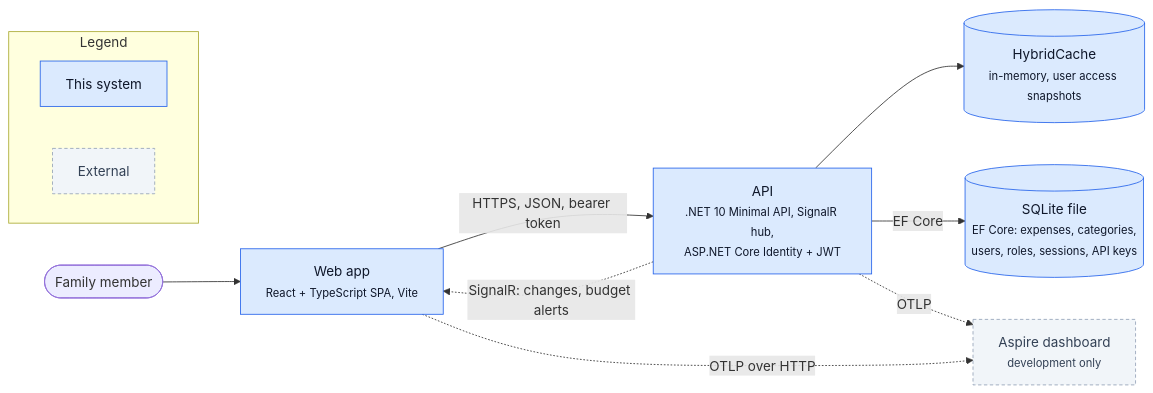
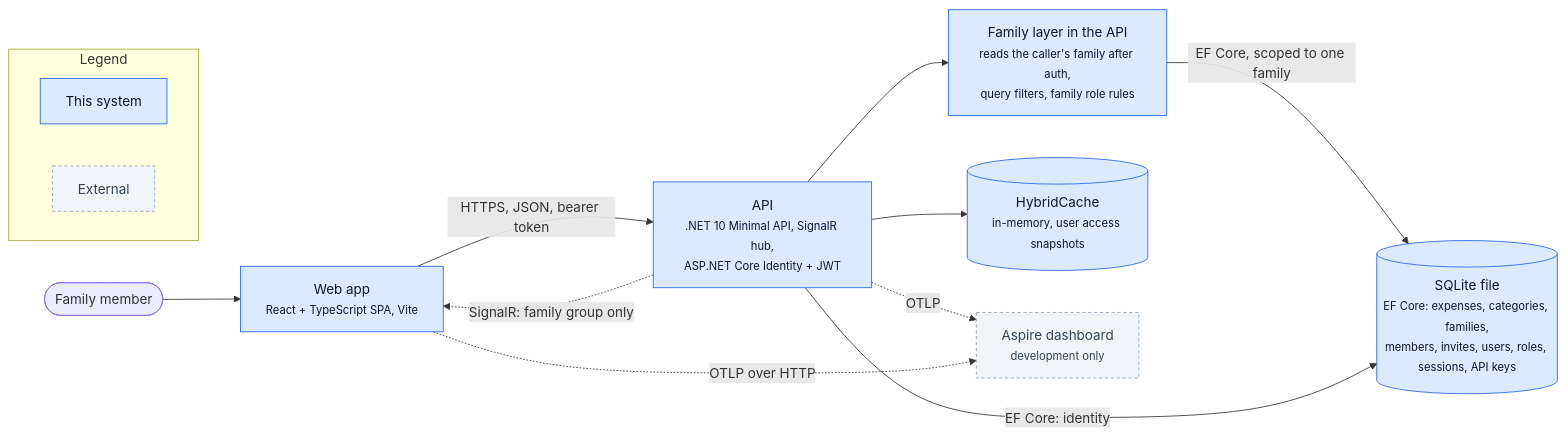
Before and after one commit to sushovan-code/Expense-Tracker: the diagram in docs/diagrams/containers.mmd, drawn with Mermaid. The commit also changed 10 other files, not shown here.

First line of the commit message:
docs: update architecture diagrams and README for families (#8)

```diff
--- a/docs/diagrams/containers.mmd
+++ b/docs/diagrams/containers.mmd
@@ -1,26 +1,29 @@
 %% Container view. Claude rewrites this from the code via /update-diagrams.
 %% Accent (#2563EB) marks this system's own containers; grey is everything else.
 flowchart LR
   classDef ours fill:#DBEAFE,stroke:#2563EB,color:#0F172A
   classDef ext fill:#F1F5F9,stroke:#94A3B8,color:#334155,stroke-dasharray:4 3
 
   user([Family member])
   web[Web app<br/><small>React + TypeScript SPA, Vite</small>]:::ours
   api[API<br/><small>.NET 10 Minimal API, SignalR hub,<br/>ASP.NET Core Identity + JWT</small>]:::ours
+  family[Family layer in the API<br/><small>reads the caller's family after auth,<br/>query filters, family role rules</small>]:::ours
   cache[(HybridCache<br/><small>in-memory, user access snapshots</small>)]:::ours
-  db[(SQLite file<br/><small>EF Core: expenses, categories,<br/>users, roles, sessions, API keys</small>)]:::ours
+  db[(SQLite file<br/><small>EF Core: expenses, categories, families,<br/>members, invites, users, roles, sessions, API keys</small>)]:::ours
   dashboard[Aspire dashboard<br/><small>development only</small>]:::ext
 
   user --> web
   web -->|HTTPS, JSON, bearer token| api
-  api -. SignalR: changes, budget alerts .-> web
+  api -. SignalR: family group only .-> web
   api --> cache
-  api -->|EF Core| db
+  api --> family
+  family -->|EF Core, scoped to one family| db
+  api -->|EF Core: identity| db
   api -. OTLP .-> dashboard
   web -. OTLP over HTTP .-> dashboard
 
   subgraph Legend
     direction LR
     l1[This system]:::ours
     l2[External]:::ext
   end
```
